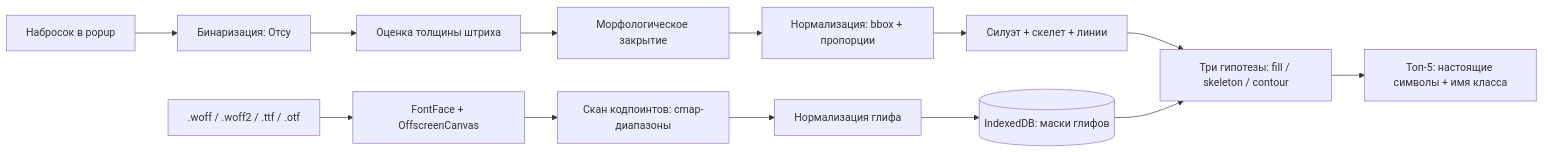
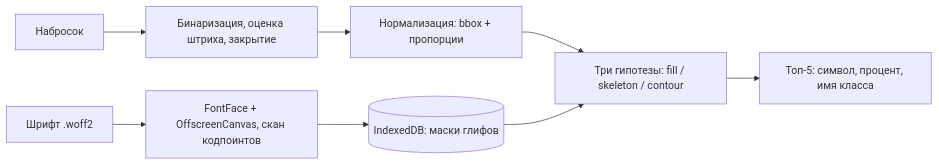
One commit to Nefritor/saby-icon-search-extension changed the diagram in README.md. Above: the diagram before and after it, drawn with Mermaid. The commit also changed other lines of this file, not shown here.

````diff
--- a/README.md
+++ b/README.md
@@ -12,16 +12,10 @@
 ```mermaid
 flowchart LR
-    A[Набросок в popup] --> B[Бинаризация: Отсу]
-    B --> C[Оценка толщины штриха]
-    C --> D[Морфологическое закрытие]
-    D --> E[Нормализация: bbox + пропорции]
-    E --> F[Силуэт + скелет + линии]
-    F --> G[Три гипотезы: fill / skeleton / contour]
-
-    H[.woff / .woff2 / .ttf / .otf] --> I[FontFace + OffscreenCanvas]
-    I --> J[Скан кодпоинтов: cmap-диапазоны]
-    J --> K[Нормализация глифа]
-    K --> L[(IndexedDB: маски глифов)]
-    L --> G
-    G --> M[Топ-5: настоящие символы + имя класса]
+    A[Набросок] --> B[Бинаризация, оценка штриха, закрытие]
+    B --> C[Нормализация: bbox + пропорции]
+    C --> D[Три гипотезы: fill / skeleton / contour]
+    E[Шрифт .woff2] --> F[FontFace + OffscreenCanvas, скан кодпоинтов]
+    F --> G[(IndexedDB: маски глифов)]
+    G --> D
+    D --> H[Топ-5: символ, процент, имя класса]
 ```
````
